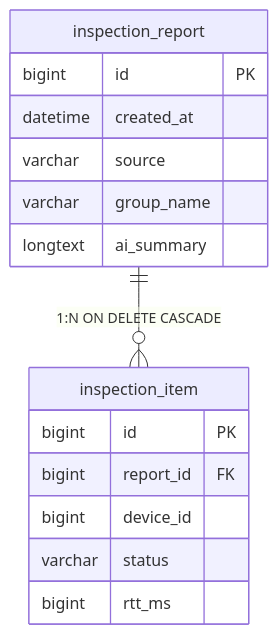
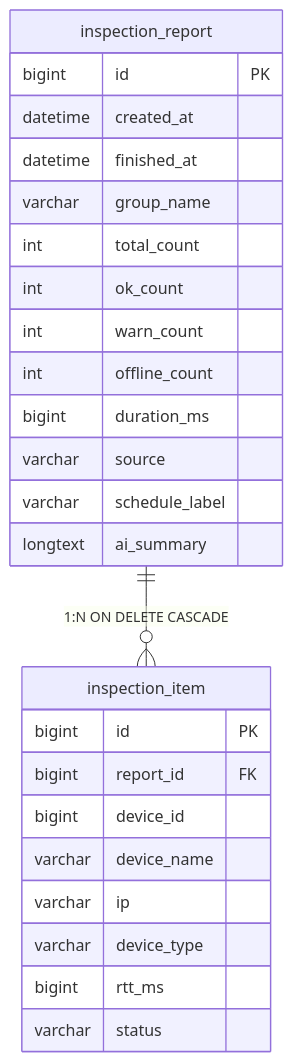
One commit to zedberark/jiankong changed the third of 10 diagrams in docs/论文-数据库图示专篇-ER与表结构图.md. Above: the diagram before and after it, drawn with Mermaid. The commit also changed other lines of this file and 17 other files, not shown here.

````diff
--- a/docs/论文-数据库图示专篇-ER与表结构图.md
+++ b/docs/论文-数据库图示专篇-ER与表结构图.md
@@ -94,18 +94,28 @@
 ```mermaid
 erDiagram
     inspection_report {
         bigint id PK
         datetime created_at
+        datetime finished_at
+        varchar group_name
+        int total_count
+        int ok_count
+        int warn_count
+        int offline_count
+        bigint duration_ms
         varchar source
-        varchar group_name
+        varchar schedule_label
         longtext ai_summary
     }
     inspection_item {
         bigint id PK
         bigint report_id FK
         bigint device_id
+        varchar device_name
+        varchar ip
+        varchar device_type
+        bigint rtt_ms
         varchar status
-        bigint rtt_ms
     }
     inspection_report ||--o{ inspection_item : "1:N ON DELETE CASCADE"
 ```
````
